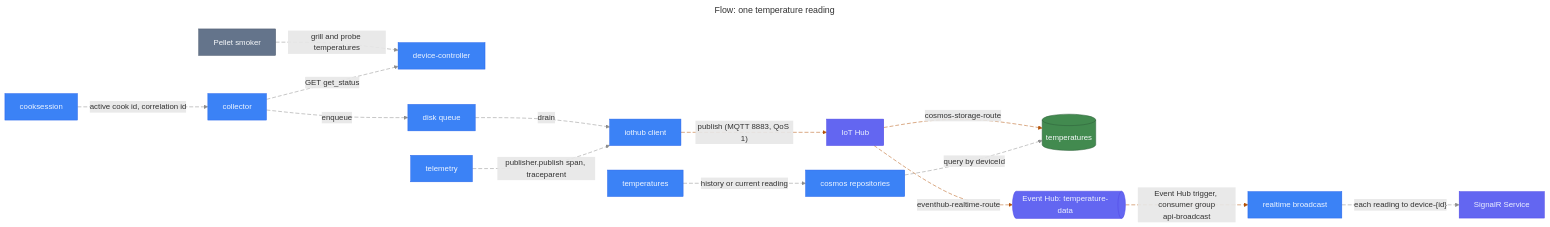
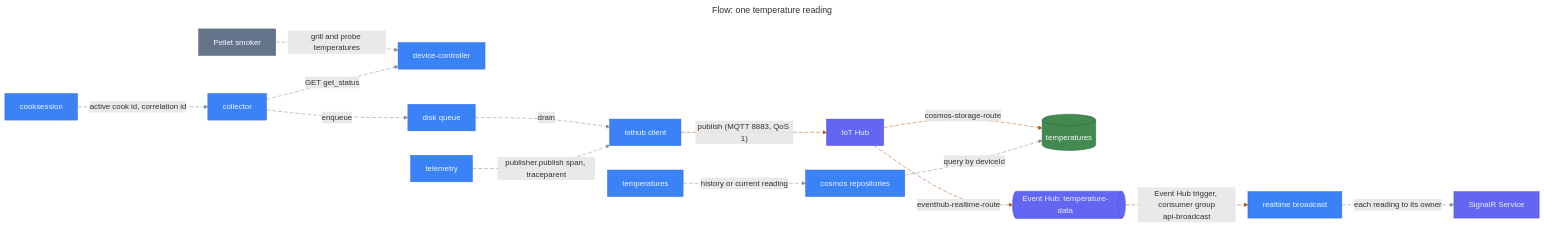
Diagram 11 of 16 in docs/architecture/diagrams.md (stevebargelt/meatgeekv2), drawn with Mermaid before and after one commit. The commit also changed other lines of this file and 29 other files, not shown here.

````diff
--- a/docs/architecture/diagrams.md
+++ b/docs/architecture/diagrams.md
@@ -834,44 +830,44 @@
 ```mermaid
 ---
 title: "Flow: one temperature reading"
 ---
 graph LR
   Smoker@{ shape: rectangle, label: "Pellet smoker" }
   MeatgeekEdgePusherSession@{ shape: rectangle, label: "cooksession" }
   MeatgeekEdgePusherCollector@{ shape: rectangle, label: "collector" }
   MeatgeekEdgeController@{ shape: rectangle, label: "device-controller" }
   MeatgeekEdgePusherQueue@{ shape: rectangle, label: "disk queue" }
   MeatgeekEdgePusherTracing@{ shape: rectangle, label: "telemetry" }
   MeatgeekEdgePusherIot@{ shape: rectangle, label: "iothub client" }
   MeatgeekCloudIngestIothub@{ shape: rectangle, label: "IoT Hub" }
   MeatgeekCloudDataTemperatures@{ shape: cylinder, label: "temperatures" }
   MeatgeekCloudIngestEventhub@{ shape: horizontal-cylinder, label: "Event Hub: temperature-data" }
   MeatgeekCloudApiBroadcast@{ shape: rectangle, label: "realtime broadcast" }
   MeatgeekCloudRealtime@{ shape: rectangle, label: "SignalR Service" }
   MeatgeekCloudApiTemperatures@{ shape: rectangle, label: "temperatures" }
   MeatgeekCloudApiRepos@{ shape: rectangle, label: "cosmos repositories" }
   Smoker -. "`grill and probe temperatures`" .-> MeatgeekEdgeController
   MeatgeekEdgePusherCollector -. "`GET get_status`" .-> MeatgeekEdgeController
   MeatgeekEdgePusherSession -. "`active cook id, correlation id`" .-> MeatgeekEdgePusherCollector
   MeatgeekEdgePusherCollector -. "`enqueue`" .-> MeatgeekEdgePusherQueue
   MeatgeekEdgePusherQueue -. "`drain`" .-> MeatgeekEdgePusherIot
   MeatgeekEdgePusherTracing -. "`publisher.publish span, traceparent`" .-> MeatgeekEdgePusherIot
   MeatgeekEdgePusherIot -. "`publish (MQTT 8883, QoS 1)`" .-> MeatgeekCloudIngestIothub
   MeatgeekCloudIngestIothub -. "`cosmos-storage-route`" .-> MeatgeekCloudDataTemperatures
   MeatgeekCloudIngestIothub -. "`eventhub-realtime-route`" .-> MeatgeekCloudIngestEventhub
   MeatgeekCloudIngestEventhub -. "`Event Hub trigger, consumer group
 api-broadcast`" .-> MeatgeekCloudApiBroadcast
-  MeatgeekCloudApiBroadcast -. "`each reading to device-{id}`" .-> MeatgeekCloudRealtime
+  MeatgeekCloudApiBroadcast -. "`each reading to its owner`" .-> MeatgeekCloudRealtime
   MeatgeekCloudApiTemperatures -. "`history or current reading`" .-> MeatgeekCloudApiRepos
   MeatgeekCloudApiRepos -. "`query by deviceId`" .-> MeatgeekCloudDataTemperatures
   classDef muted fill:#64748b,stroke:#475569,color:#f8fafc
   class Smoker muted
   classDef primary fill:#3b82f6,stroke:#2563eb,color:#eff6ff
   class MeatgeekEdgePusherSession,MeatgeekEdgePusherCollector,MeatgeekEdgeController,MeatgeekEdgePusherQueue,MeatgeekEdgePusherTracing,MeatgeekEdgePusherIot,MeatgeekCloudApiBroadcast,MeatgeekCloudApiTemperatures,MeatgeekCloudApiRepos primary
   classDef indigo fill:#6366f1,stroke:#4f46e5,color:#eef2ff
   class MeatgeekCloudIngestIothub,MeatgeekCloudIngestEventhub,MeatgeekCloudRealtime indigo
   classDef green fill:#428a4f,stroke:#2d5d39,color:#f8fafc
   class MeatgeekCloudDataTemperatures green
   linkStyle 0,1,2,3,4,5,10,11,12 stroke:#8D8D8D,stroke-dasharray:8 4
   linkStyle 6,7,8,9 stroke:#b45309,stroke-dasharray:8 4
 ```
````
